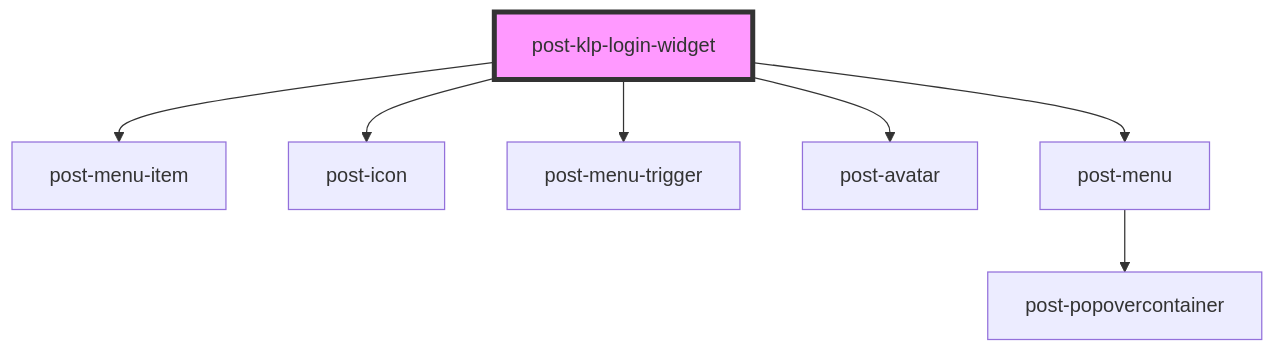
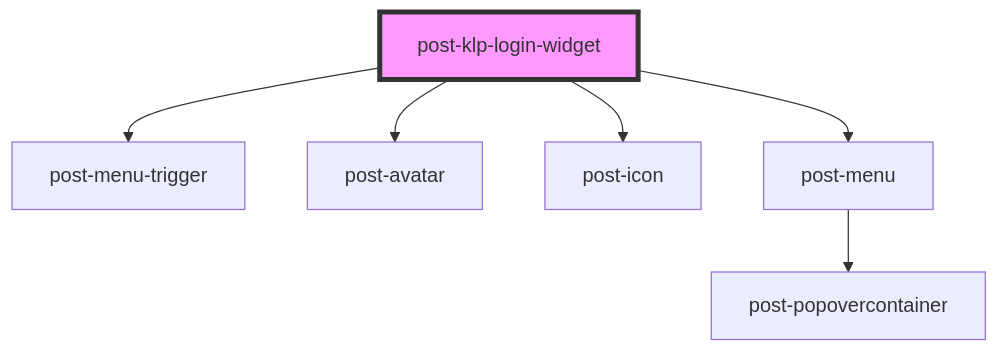
One commit to swisspost/design-system changed the diagram in packages/components/src/components/post-klp-login-widget/readme.md. Above: the diagram before and after it, drawn with Mermaid. The commit also changed other lines of this file and 10 other files, not shown here.

````diff
--- a/packages/components/src/components/post-klp-login-widget/readme.md
+++ b/packages/components/src/components/post-klp-login-widget/readme.md
@@ -33,10 +46,9 @@
 ```mermaid
 graph TD;
-  post-klp-login-widget --> post-menu-item
-  post-klp-login-widget --> post-icon
   post-klp-login-widget --> post-menu-trigger
   post-klp-login-widget --> post-avatar
+  post-klp-login-widget --> post-icon
   post-klp-login-widget --> post-menu
   post-menu --> post-popovercontainer
   style post-klp-login-widget fill:#f9f,stroke:#333,stroke-width:4px
 ```
````
